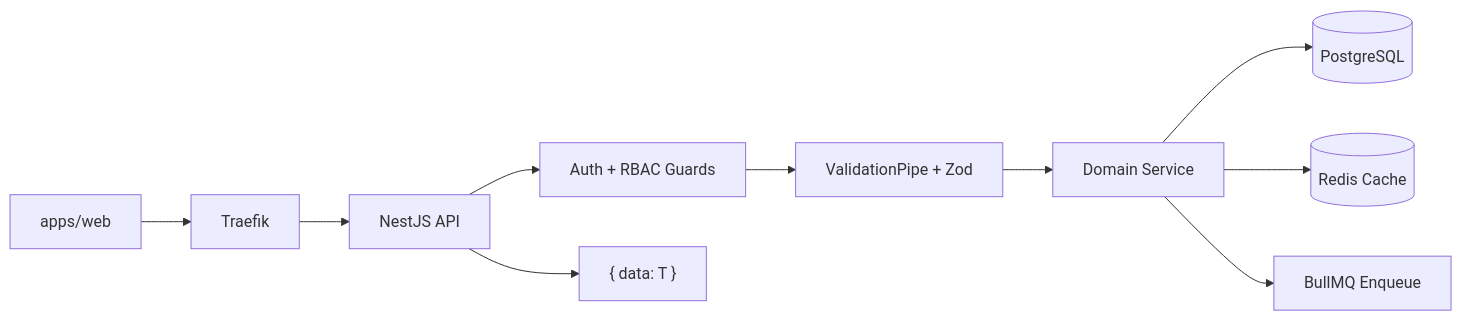
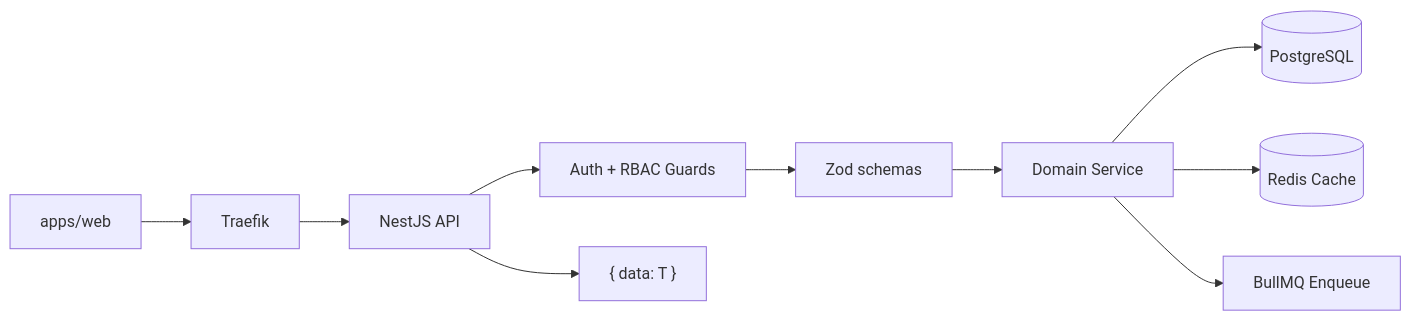
The first of 4 diagrams in docs/architecture/data-flow.md (golpochat/community-marketplace), drawn with Mermaid before and after one commit. The commit also changed 686 other files, not shown here.

````diff
--- a/docs/architecture/data-flow.md
+++ b/docs/architecture/data-flow.md
@@ -7,12 +7,12 @@
 ```mermaid
 flowchart LR
   Client[apps/web] --> Traefik[Traefik]
   Traefik --> API[NestJS API]
   API --> Guard[Auth + RBAC Guards]
-  Guard --> Pipe[ValidationPipe + Zod]
+  Guard --> Pipe[Zod schemas]
   Pipe --> Service[Domain Service]
   Service --> Prisma[(PostgreSQL)]
   Service --> Redis[(Redis Cache)]
   Service --> Queue[BullMQ Enqueue]
   API --> Response["{ data: T }"]
 ```
````
